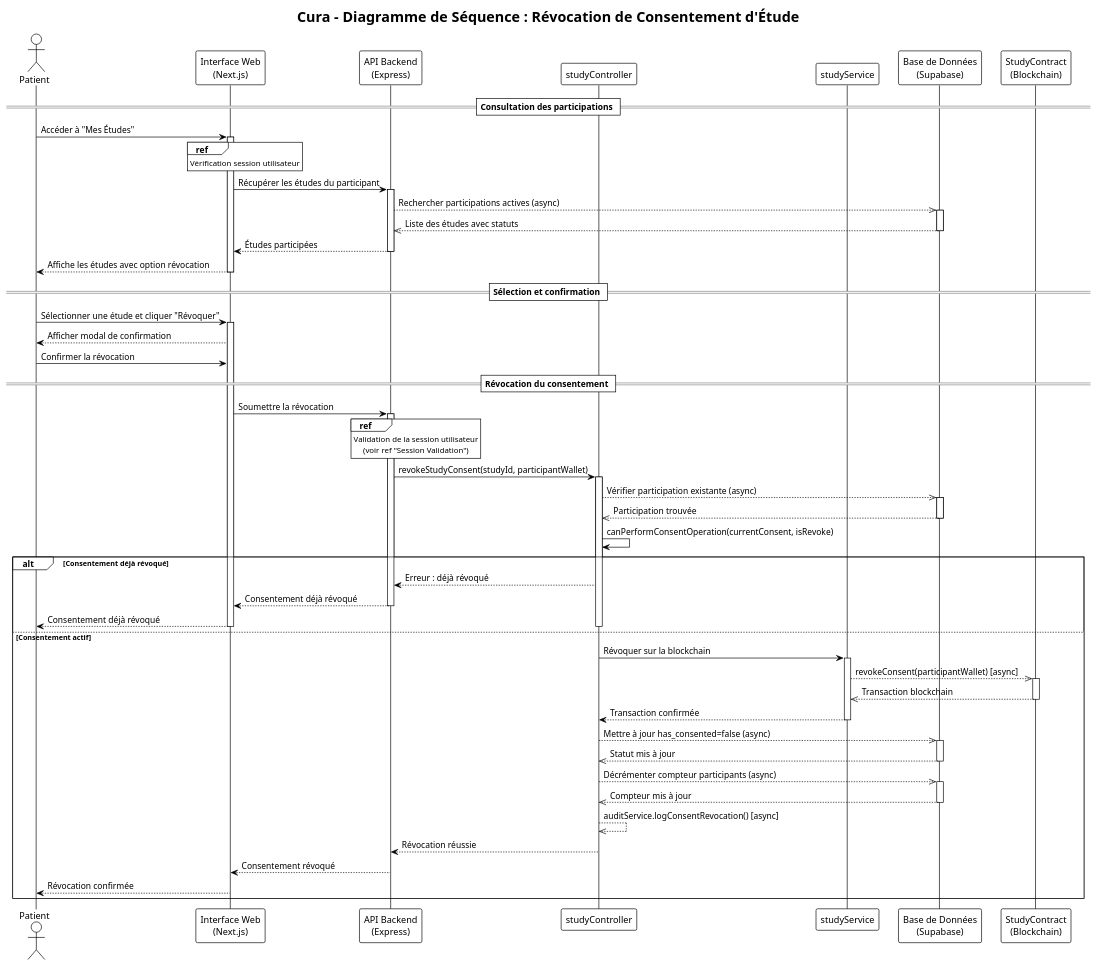
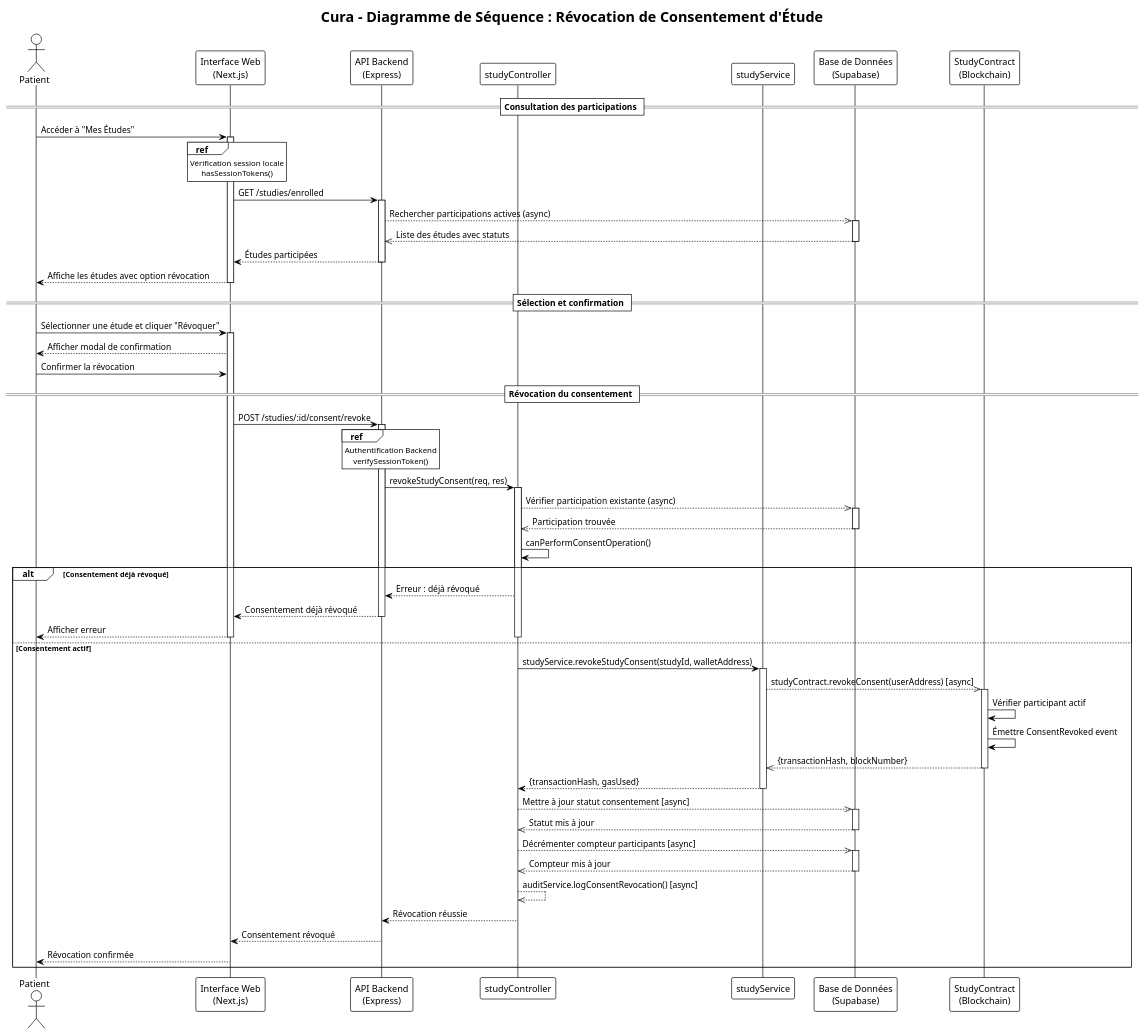
The diagram in docs/sequence-diagrams/consent-revocation-sequence.puml (monark-community/zk-medical-data-exchange), drawn with PlantUML before and after one commit. The commit also changed 17 other files, not shown here.

Commit message:
chore: updated seq diagrams pt 2

```diff
--- a/docs/sequence-diagrams/consent-revocation-sequence.puml
+++ b/docs/sequence-diagrams/consent-revocation-sequence.puml
@@ -1,91 +1,96 @@
 @startuml Consent_Revocation_Sequence
 !theme plain
 
 title Cura - Diagramme de Séquence : Révocation de Consentement d'Étude
 
 actor "Patient" as Patient
 participant "Interface Web\n(Next.js)" as Frontend
 participant "API Backend\n(Express)" as Backend
 participant "studyController" as Controller
 participant "studyService" as Service
 participant "Base de Données\n(Supabase)" as Database
 participant "StudyContract\n(Blockchain)" as StudyContract
 
 == Consultation des participations ==
 Patient -> Frontend : Accéder à "Mes Études"
 activate Frontend
-ref over Frontend : Vérification session utilisateur
-Frontend -> Backend : Récupérer les études du participant
+ref over Frontend
+    Vérification session locale
+    hasSessionTokens()
+end ref
+Frontend -> Backend : GET /studies/enrolled
 activate Backend
 Backend -->> Database : Rechercher participations actives (async)
 activate Database
 Database -->> Backend : Liste des études avec statuts
 deactivate Database
 Backend --> Frontend : Études participées
 deactivate Backend
 Frontend --> Patient : Affiche les études avec option révocation
 deactivate Frontend
 
 == Sélection et confirmation ==
 Patient -> Frontend : Sélectionner une étude et cliquer "Révoquer"
 activate Frontend
 Frontend --> Patient : Afficher modal de confirmation
 Patient -> Frontend : Confirmer la révocation
 
 == Révocation du consentement ==
-Frontend -> Backend : Soumettre la révocation
+Frontend -> Backend : POST /studies/:id/consent/revoke
 activate Backend
 
 ref over Backend
-    Validation de la session utilisateur
-    (voir ref "Session Validation")
+    Authentification Backend
+    verifySessionToken()
 end ref
 
-Backend -> Controller : revokeStudyConsent(studyId, participantWallet)
+Backend -> Controller : revokeStudyConsent(req, res)
 activate Controller
 
 Controller -->> Database : Vérifier participation existante (async)
 activate Database
 Database -->> Controller : Participation trouvée
 deactivate Database
 
-Controller -> Controller : canPerformConsentOperation(currentConsent, isRevoke)
+Controller -> Controller : canPerformConsentOperation()
 
 alt Consentement déjà révoqué
     Controller --> Backend : Erreur : déjà révoqué
     Backend --> Frontend : Consentement déjà révoqué
     deactivate Backend
-    Frontend --> Patient : Consentement déjà révoqué
+    Frontend --> Patient : Afficher erreur
     deactivate Controller
     deactivate Frontend
 else Consentement actif
-    Controller -> Service : Révoquer sur la blockchain
+    Controller -> Service : studyService.revokeStudyConsent(studyId, walletAddress)
     activate Service
-    Service -->> StudyContract : revokeConsent(participantWallet) [async]
+    Service -->> StudyContract : studyContract.revokeConsent(userAddress) [async]
     activate StudyContract
-    StudyContract -->> Service : Transaction blockchain
+    StudyContract -> StudyContract : Vérifier participant actif
+    StudyContract -> StudyContract : Émettre ConsentRevoked event
+    StudyContract -->> Service : {transactionHash, blockNumber}
     deactivate StudyContract
-    Service --> Controller : Transaction confirmée
+    Service --> Controller : {transactionHash, gasUsed}
     deactivate Service
     
-    Controller -->> Database : Mettre à jour has_consented=false (async)
+    Controller -->> Database : Mettre à jour statut consentement [async]
     activate Database
     Database -->> Controller : Statut mis à jour
     deactivate Database
     
-    Controller -->> Database : Décrémenter compteur participants (async)
+    Controller -->> Database : Décrémenter compteur participants [async]
     activate Database
     Database -->> Controller : Compteur mis à jour
     deactivate Database
     
     Controller -->> Controller : auditService.logConsentRevocation() [async]
     
     Controller --> Backend : Révocation réussie
     deactivate Controller
     Backend --> Frontend : Consentement révoqué
     deactivate Backend
     Frontend --> Patient : Révocation confirmée
     deactivate Frontend
 end
 
 @enduml
```
